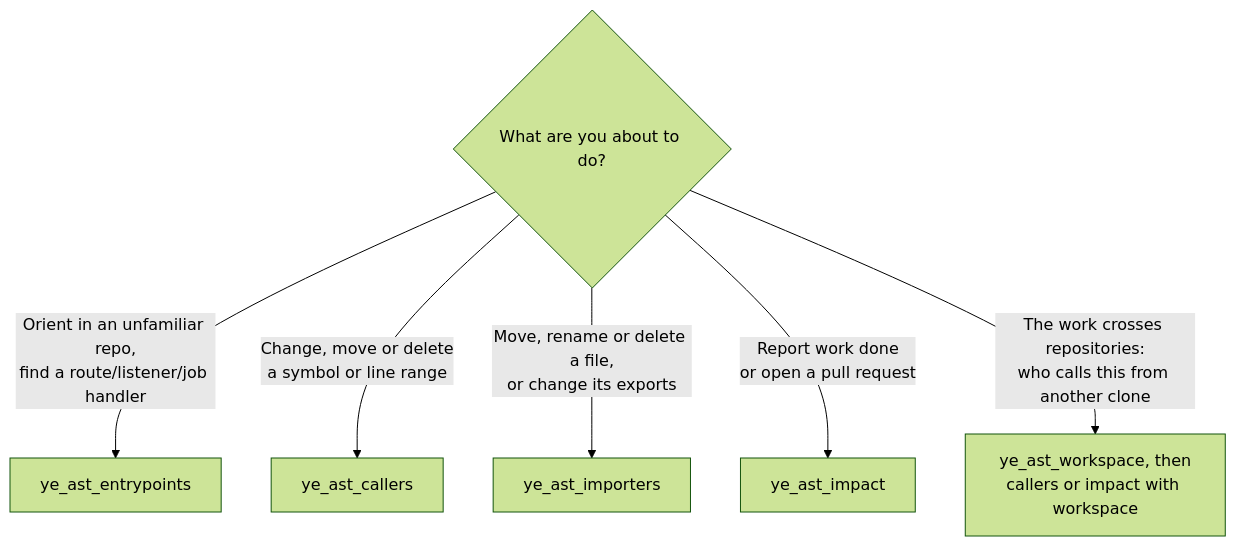
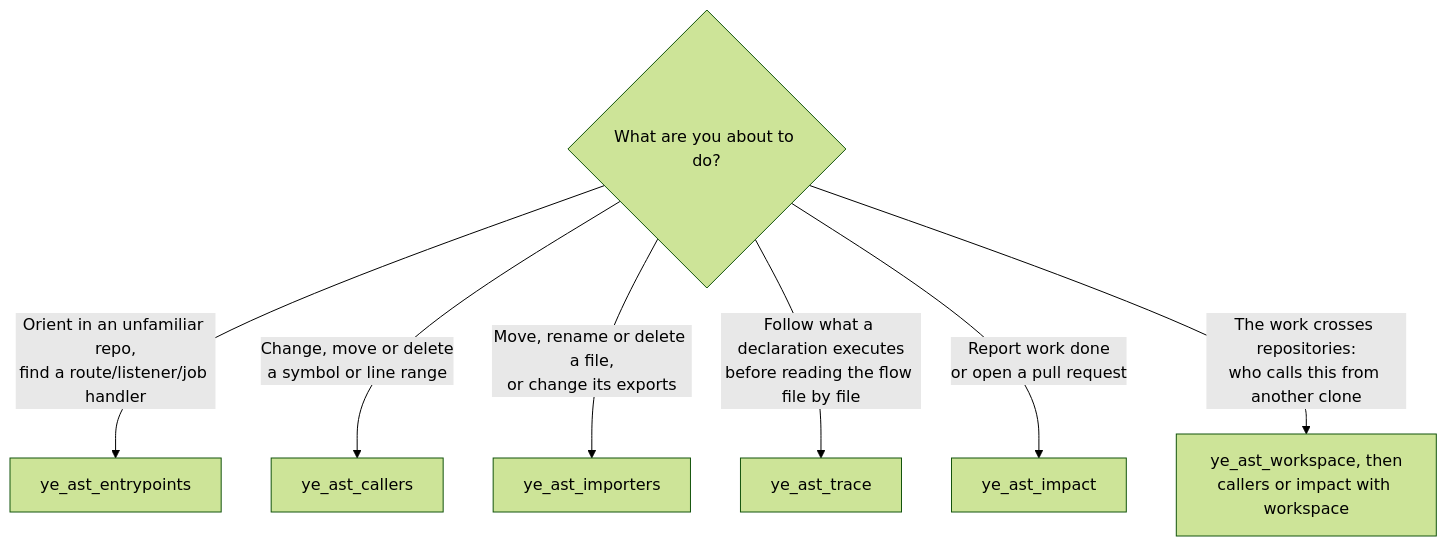
One commit to ArielFalcon/ye-ast changed the second of 3 diagrams in README.md. Above: the diagram before and after it, drawn with Mermaid (forest theme). The commit also changed other lines of this file and 14 other files, not shown here.

Commit message:
docs(trace): document ye_ast_trace and ye-ast trace, record slice 1 in RFC-0013, keep trace a separate query family

````diff
--- a/README.md
+++ b/README.md
@@ -247,9 +247,10 @@
 ```mermaid
 flowchart TD
     Q{"What are you about to do?"}
     Q -->|"Orient in an unfamiliar repo,<br/>find a route/listener/job handler"| E["ye_ast_entrypoints"]
     Q -->|"Change, move or delete<br/>a symbol or line range"| C["ye_ast_callers"]
     Q -->|"Move, rename or delete a file,<br/>or change its exports"| I["ye_ast_importers"]
+    Q -->|"Follow what a declaration executes<br/>before reading the flow file by file"| T["ye_ast_trace"]
     Q -->|"Report work done<br/>or open a pull request"| P["ye_ast_impact"]
     Q -->|"The work crosses repositories:<br/>who calls this from another clone"| W["ye_ast_workspace, then<br/>callers or impact with workspace"]
 ```
````
